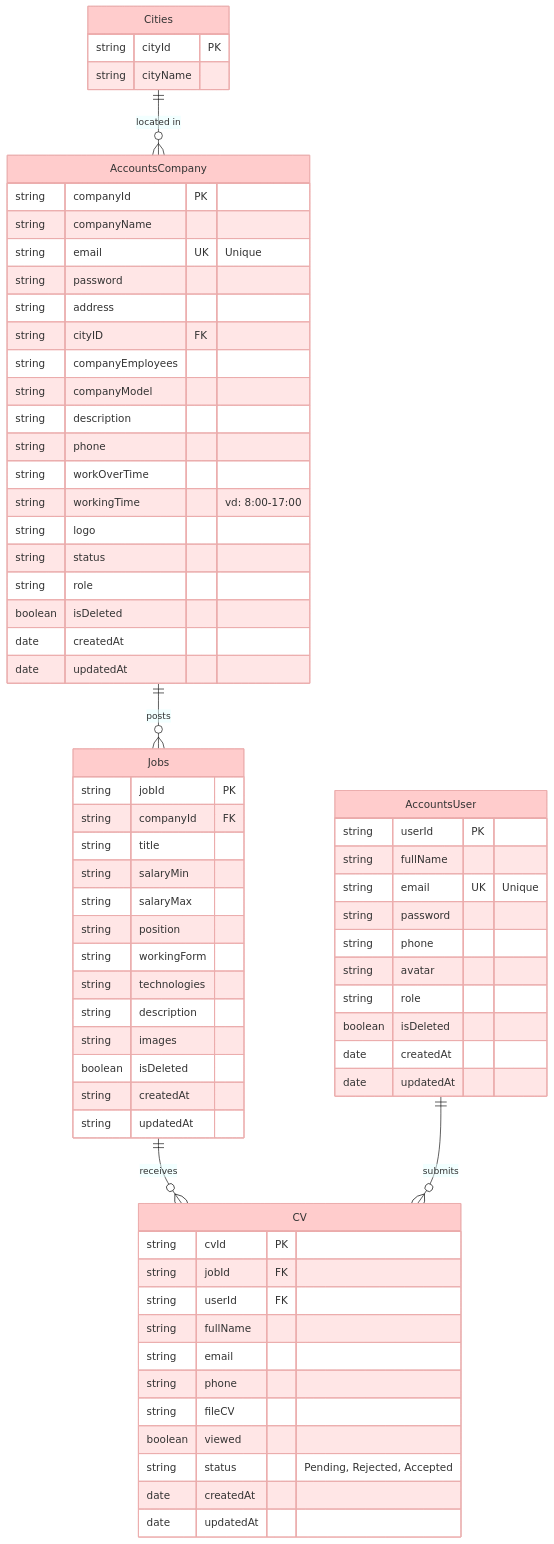
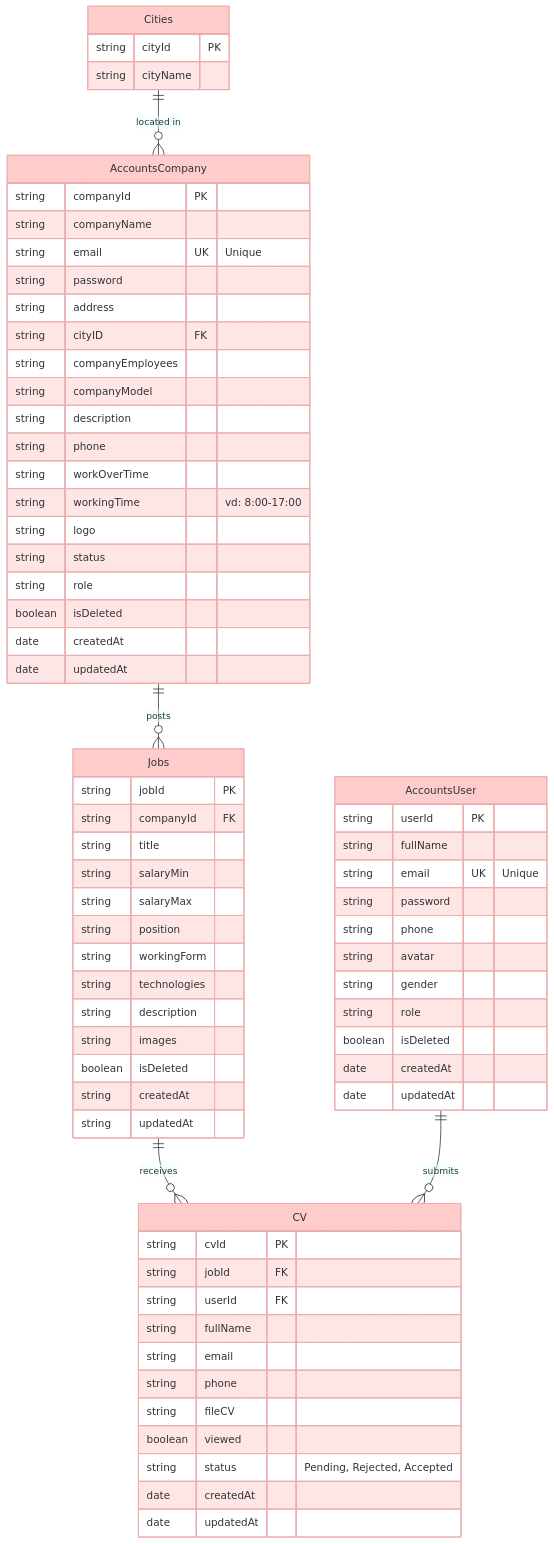
One commit to ngokwuan/TechJob_BE changed the diagram in docs/db-des/erd.md. Above: the diagram before and after it, drawn with Mermaid. The commit also changed 12 other files, not shown here.

````diff
--- a/docs/db-des/erd.md
+++ b/docs/db-des/erd.md
@@ -1,77 +1,78 @@
 ```mermaid
 %%{init: {'theme':'base', 'themeVariables': { 'primaryColor':'#ffcccc'}, 'er': {'layoutDirection': 'LR'}}}%%
 erDiagram
     Cities ||--o{ AccountsCompany : "located in"
     AccountsCompany ||--o{ Jobs : "posts"
     Jobs ||--o{ CV : "receives"
 AccountsUser ||--o{ CV : "submits"
     AccountsCompany {
        string companyId PK
        string companyName
        string email UK "Unique"
        string password
        string address
        string cityID FK
        string companyEmployees
        string companyModel
        string description
        string phone
        string workOverTime
        string workingTime "vd: 8:00-17:00"
        string logo
        string status
        string role
         boolean isDeleted
         date createdAt
         date updatedAt
     }
 
     AccountsUser {
        string userId PK
        string fullName
        string email UK "Unique"
        string password
        string phone
        string avatar
+       string gender
        string role
         boolean isDeleted
         date createdAt
         date updatedAt
     }
 
     Cities {
        string cityId PK
        string cityName
     }
 
     Jobs {
        string jobId PK
        string companyId FK
        string title
        string salaryMin
        string salaryMax
        string position
        string workingForm
        string technologies
        string description
        string images
       boolean isDeleted
        string createdAt
        string updatedAt
     }
 
     CV {
        string cvId PK
        string jobId FK
        string userId FK
        string fullName
        string email
        string phone
        string fileCV
       boolean viewed
        string status "Pending, Rejected, Accepted"
          date createdAt
          date updatedAt
     }
 
 ```
````
